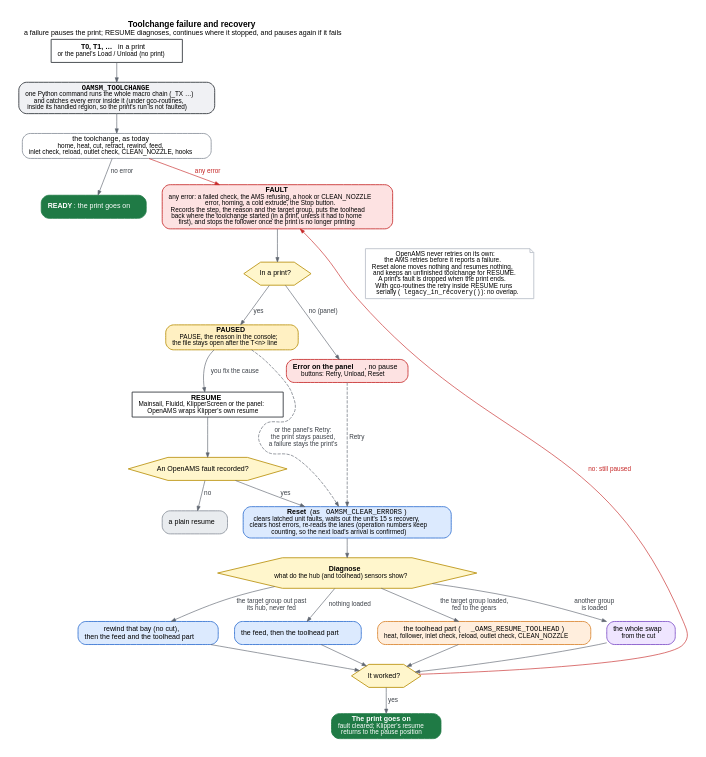
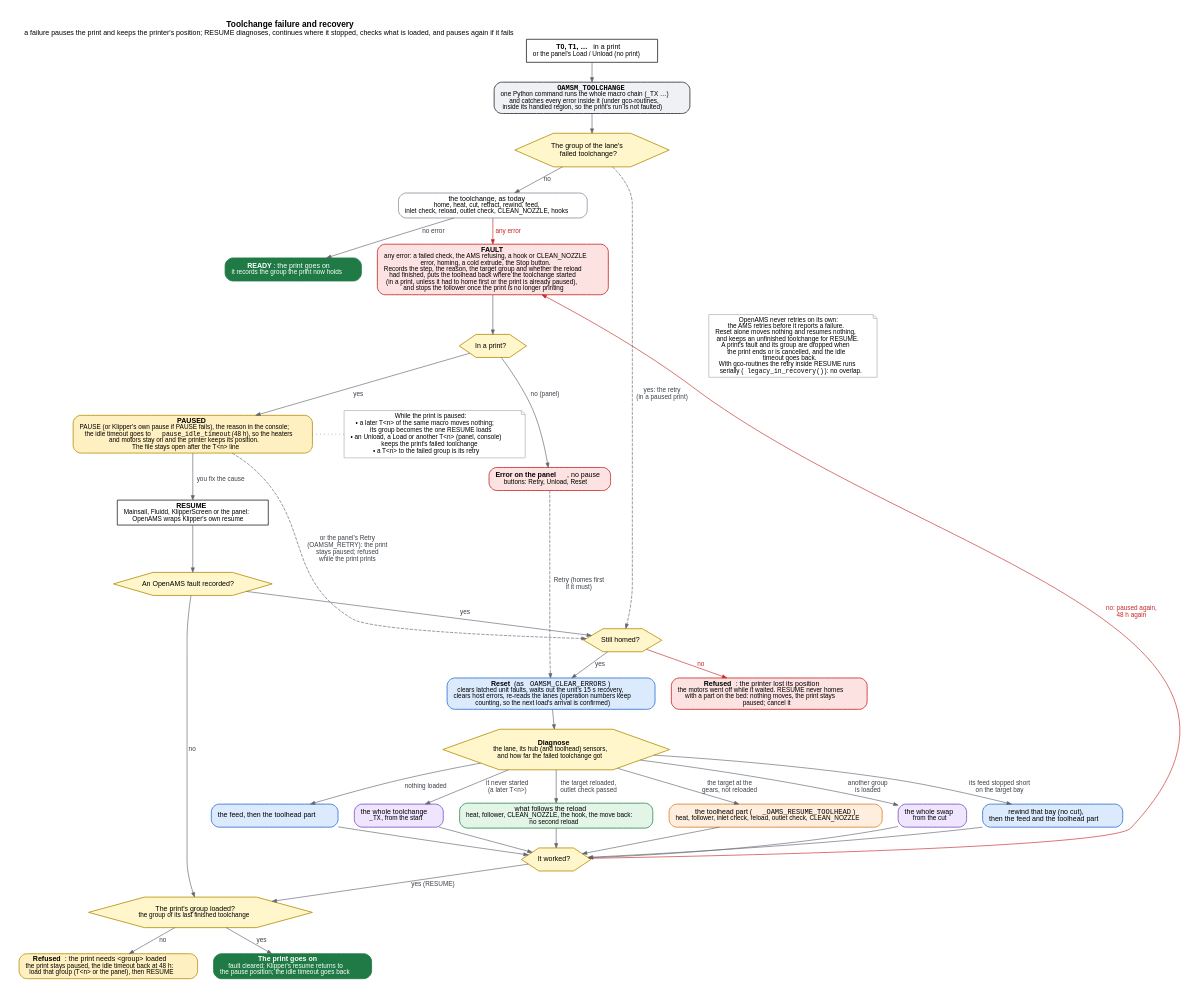
One commit to OpenAMSOrg/openams changed the diagram in docs/images/toolchange-recovery.dot. Above: the diagram before and after it, drawn with Graphviz. The commit also changed 4 other files, not shown here.

Commit message:
How the macros run and the recovery state machine: the motors stay on, RESUME's two refusals, re-entry D after a reload

```diff
--- a/docs/images/toolchange-recovery.dot
+++ b/docs/images/toolchange-recovery.dot
@@ -1,73 +1,97 @@
 // Toolchange failure and recovery: the state machine of OAMSM_TOOLCHANGE, OAMSM_RETRY and the RESUME guard
 // (src/oams_manager.py, docs/guide/macro-sequence.md).
 // Render: dot -Tsvg toolchange-recovery.dot -o toolchange-recovery.svg
 digraph recovery {
   graph [rankdir=TB, newrank=true, nodesep=0.35, ranksep=0.4, pad=0.3, fontname="Helvetica", fontsize=13, bgcolor="white",
-         label=<<b>Toolchange failure and recovery</b><br/><font point-size="11">a failure pauses the print; RESUME diagnoses, continues where it stopped, and pauses again if it fails</font>>,
+         label=<<b>Toolchange failure and recovery</b><br/><font point-size="11">a failure pauses the print and keeps the printer's position; RESUME diagnoses, continues where it stopped, checks what is loaded, and pauses again if it fails</font>>,
          labelloc=t, labeljust=l];
   node [shape=box, style="rounded,filled", fontname="Helvetica", fontsize=11, margin="0.14,0.06", penwidth=1.3,
         fillcolor="#f0f1f4", color="#8a919b"];
   edge [fontname="Helvetica", fontsize=10, color="#5f6670", fontcolor="#3c4148", arrowsize=0.7];
 
   t_n      [style="filled,bold", fillcolor="#ffffff", color="#2b2f36",
             label=<<b>T0, T1, …</b> in a print<br/><font point-size="10">or the panel's Load / Unload (no print)</font>>];
   catch    [fillcolor="#f0f1f4", color="#2b2f36", style="rounded,filled,bold",
             label=<<font face="Courier"><b>OAMSM_TOOLCHANGE</b></font><br/><font point-size="10">one Python command runs the whole macro chain (_TX …)<br/>and catches every error inside it (under gco-routines,<br/>inside its handled region, so the print's run is not faulted)</font>>];
+  same     [shape=hexagon, style="filled", fillcolor="#fff6cc", color="#b8900a",
+            label=<The group of the lane's<br/>failed toolchange?>];
   chain    [fillcolor="#ffffff", color="#8a919b",
             label=<the toolchange, as today<br/><font point-size="10">home, heat, cut, retract, rewind, feed,<br/>inlet check, reload, outlet check, CLEAN_NOZZLE, hooks</font>>];
   done     [style="rounded,filled,bold", fillcolor="#1f7a45", color="#1f7a45", fontcolor="white",
-            label=<<b>READY</b>: the print goes on>];
+            label=<<b>READY</b>: the print goes on<br/><font point-size="10">it records the group the print now holds</font>>];
 
   fault    [style="rounded,filled,bold", fillcolor="#fde2e2", color="#c62828",
-            label=<<b>FAULT</b><br/><font point-size="10">any error: a failed check, the AMS refusing, a hook or CLEAN_NOZZLE<br/>error, homing, a cold extrude, the Stop button.<br/>Records the step, the reason and the target group, puts the toolhead<br/>back where the toolchange started (in a print, unless it had to home<br/>first), and stops the follower once the print is no longer printing</font>>];
+            label=<<b>FAULT</b><br/><font point-size="10">any error: a failed check, the AMS refusing, a hook or CLEAN_NOZZLE<br/>error, homing, a cold extrude, the Stop button.<br/>Records the step, the reason, the target group and whether the reload<br/>had finished, puts the toolhead back where the toolchange started<br/>(in a print, unless it had to home first or the print is already paused),<br/>and stops the follower once the print is no longer printing</font>>];
   where    [shape=hexagon, style="filled", fillcolor="#fff6cc", color="#b8900a", label=<In a print?>];
   paused   [style="rounded,filled,bold", fillcolor="#fff0c2", color="#b8900a",
-            label=<<b>PAUSED</b><br/><font point-size="10">PAUSE, the reason in the console;<br/>the file stays open after the T&lt;n&gt; line</font>>];
+            label=<<b>PAUSED</b><br/><font point-size="10">PAUSE (or Klipper's own pause if PAUSE fails), the reason in the console;<br/>the idle timeout goes to <font face="Courier">pause_idle_timeout</font> (48 h), so the heaters<br/>and motors stay on and the printer keeps its position.<br/>The file stays open after the T&lt;n&gt; line</font>>];
+  during   [shape=note, style="filled", fillcolor="#ffffff", color="#b9bfc8", fontsize=10,
+            label=<While the print is paused:<br/>• a later T&lt;n&gt; of the same macro moves nothing;<br/>   its group becomes the one RESUME loads<br/>• an Unload, a Load or another T&lt;n&gt; (panel, console)<br/>   keeps the print's failed toolchange<br/>• a T&lt;n&gt; to the failed group is its retry>];
   error    [fillcolor="#fde2e2", color="#c62828",
             label=<<b>Error on the panel</b>, no pause<br/><font point-size="10">buttons: Retry, Unload, Reset</font>>];
 
   resume   [style="filled,bold", fillcolor="#ffffff", color="#2b2f36",
             label=<<b>RESUME</b><br/><font point-size="10">Mainsail, Fluidd, KlipperScreen or the panel:<br/>OpenAMS wraps Klipper's own resume</font>>];
   rec      [shape=hexagon, style="filled", fillcolor="#fff6cc", color="#b8900a", label=<An OpenAMS fault recorded?>];
+  homed    [shape=hexagon, style="filled", fillcolor="#fff6cc", color="#b8900a", label=<Still homed?>];
+  lost     [style="rounded,filled,bold", fillcolor="#fde2e2", color="#c62828",
+            label=<<b>Refused</b>: the printer lost its position<br/><font point-size="10">the motors went off while it waited. RESUME never homes<br/>with a part on the bed: nothing moves, the print stays<br/>paused; cancel it</font>>];
   reset    [fillcolor="#dceafe", color="#2f6fd0",
             label=<<b>Reset</b> (as <font face="Courier">OAMSM_CLEAR_ERRORS</font>)<br/><font point-size="10">clears latched unit faults, waits out the unit's 15 s recovery,<br/>clears host errors, re-reads the lanes (operation numbers keep<br/>counting, so the next load's arrival is confirmed)</font>>];
   diag     [shape=hexagon, style="filled", fillcolor="#fff6cc", color="#b8900a",
-            label=<<b>Diagnose</b><br/><font point-size="10">what do the hub (and toolhead) sensors show?</font>>];
+            label=<<b>Diagnose</b><br/><font point-size="10">the lane, its hub (and toolhead) sensors,<br/>and how far the failed toolchange got</font>>];
+  c_start  [fillcolor="#efe5ff", color="#7d4fc7",
+            label=<the whole toolchange<br/><font point-size="10"><font face="Courier">_TX</font>, from the start</font>>];
+  c_after  [fillcolor="#e2f5e7", color="#2e8b4e",
+            label=<what follows the reload<br/><font point-size="10">heat, follower, CLEAN_NOZZLE, the hook, the move back:<br/>no second reload</font>>];
   c_tool   [fillcolor="#ffeedd", color="#d9822b",
             label=<the toolhead part (<font face="Courier">_OAMS_RESUME_TOOLHEAD</font>)<br/><font point-size="10">heat, follower, inlet check, reload, outlet check, CLEAN_NOZZLE</font>>];
   c_swap   [fillcolor="#efe5ff", color="#7d4fc7",
             label=<the whole swap<br/><font point-size="10">from the cut</font>>];
   c_rew    [fillcolor="#dceafe", color="#2f6fd0",
             label=<rewind that bay (no cut),<br/>then the feed and the toolhead part>];
   c_feed   [fillcolor="#dceafe", color="#2f6fd0",
             label=<the feed, then the toolhead part>];
   ok       [shape=hexagon, style="filled", fillcolor="#fff6cc", color="#b8900a", label=<It worked?>];
+  group    [shape=hexagon, style="filled", fillcolor="#fff6cc", color="#b8900a",
+            label=<The print's group loaded?<br/><font point-size="10">the group of its last finished toolchange</font>>];
+  needs    [style="rounded,filled,bold", fillcolor="#fff0c2", color="#b8900a",
+            label=<<b>Refused</b>: the print needs &lt;group&gt; loaded<br/><font point-size="10">the print stays paused, the idle timeout back at 48 h:<br/>load that group (T&lt;n&gt; or the panel), then RESUME</font>>];
   cont     [style="rounded,filled,bold", fillcolor="#1f7a45", color="#1f7a45", fontcolor="white",
-            label=<<b>The print goes on</b><br/><font point-size="10">fault cleared; Klipper's resume<br/>returns to the pause position</font>>];
-  plain    [fillcolor="#e9ecef", color="#8a919b", label=<a plain resume>];
+            label=<<b>The print goes on</b><br/><font point-size="10">fault cleared; Klipper's resume returns to<br/>the pause position; the idle timeout goes back</font>>];
 
-  t_n -> catch -> chain;
+  t_n -> catch -> same;
+  same -> chain [label=" no"];
+  same -> homed [label=" yes: the retry\n (in a paused print)", style=dashed];
   chain -> done [label=" no error"];
   chain -> fault [label=" any error", color="#c62828", fontcolor="#c62828"];
   fault -> where;
   where -> paused [label=" yes"];
   where -> error [label=" no (panel)"];
+  paused -> during [style=dotted, arrowhead=none];
   paused -> resume [label=" you fix the cause"];
   resume -> rec;
-  rec -> plain [label=" no"];
-  rec -> reset [label=" yes"];
-  error -> reset [label=" Retry", style=dashed];
-  paused -> reset [label=" or the panel's Retry:\n the print stays paused,\n a failure stays the print's", style=dashed, constraint=false];
+  rec -> group [label=" no"];
+  rec -> homed [label=" yes"];
+  paused -> homed [label=" or the panel's Retry\n (OAMSM_RETRY): the print\n stays paused; refused\n while the print prints", style=dashed, constraint=false];
+  homed -> lost [label=" no", color="#c62828", fontcolor="#c62828"];
+  homed -> reset [label=" yes"];
+  error -> reset [label=" Retry (homes first\n if it must)", style=dashed];
   reset -> diag;
-  diag -> c_tool [label=" the target group loaded,\n fed to the gears"];
-  diag -> c_swap [label=" another group\n is loaded"];
-  diag -> c_rew  [label=" the target group out past\n its hub, never fed"];
-  diag -> c_feed [label=" nothing loaded"];
-  c_tool -> ok; c_swap -> ok; c_rew -> ok; c_feed -> ok;
-  ok -> cont [label=" yes"];
-  ok -> fault [label=" no: still paused", color="#c62828", fontcolor="#c62828", constraint=false];
+  diag -> c_start [label=" it never started\n (a later T<n>)"];
+  diag -> c_after [label=" the target reloaded,\n outlet check passed"];
+  diag -> c_tool  [label=" the target at the\n gears, not reloaded"];
+  diag -> c_swap  [label=" another group\n is loaded"];
+  diag -> c_rew   [label=" its feed stopped short\n on the target bay"];
+  diag -> c_feed  [label=" nothing loaded"];
+  c_start -> ok; c_after -> ok; c_tool -> ok; c_swap -> ok; c_rew -> ok; c_feed -> ok;
+  ok -> group [label=" yes (RESUME)"];
+  ok -> fault [label=" no: paused again,\n 48 h again", color="#c62828", fontcolor="#c62828", constraint=false];
+  group -> cont [label=" yes"];
+  group -> needs [label=" no"];
 
   note [shape=note, style="filled", fillcolor="#ffffff", color="#b9bfc8", fontsize=10,
-        label=<OpenAMS never retries on its own:<br/>the AMS retries before it reports a failure.<br/>Reset alone moves nothing and resumes nothing,<br/>and keeps an unfinished toolchange for RESUME.<br/>A print's fault is dropped when the print ends.<br/>With gco-routines the retry inside RESUME runs<br/>serially (<font face="Courier">legacy_in_recovery()</font>): no overlap.>];
+        label=<OpenAMS never retries on its own:<br/>the AMS retries before it reports a failure.<br/>Reset alone moves nothing and resumes nothing,<br/>and keeps an unfinished toolchange for RESUME.<br/>A print's fault and its group are dropped when<br/>the print ends or is cancelled, and the idle<br/>timeout goes back.<br/>With gco-routines the retry inside RESUME runs<br/>serially (<font face="Courier">legacy_in_recovery()</font>): no overlap.>];
   {rank=same; where; note;}
+  {rank=same; paused; during;}
 }
```
